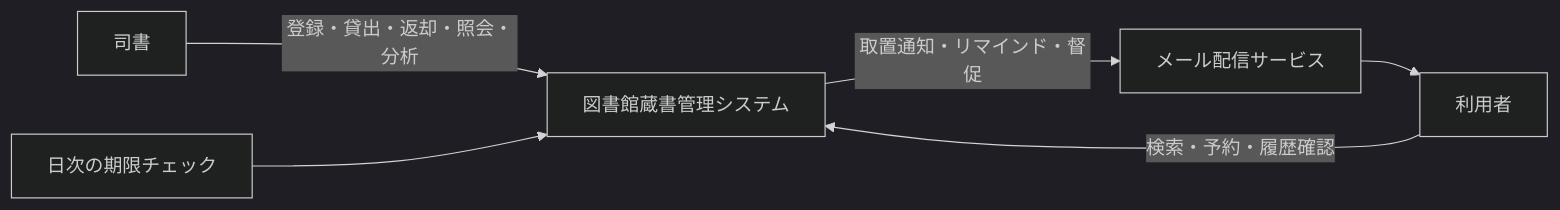
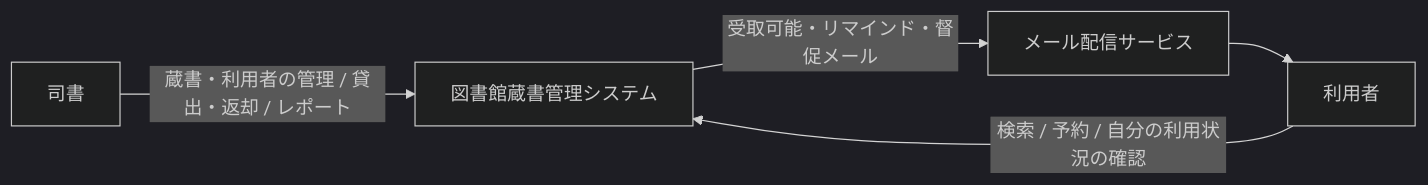
One commit to suwa-sh/suwa-sh-claude-plugins changed the first of 4 diagrams in samples/distillery2/library-loan/docs/requirements/_review-summary.md. Above: the diagram before and after it, drawn with Mermaid (dark theme). The commit also changed other lines of this file and 249 other files, not shown here.

````diff
--- a/samples/distillery2/library-loan/docs/requirements/_review-summary.md
+++ b/samples/distillery2/library-loan/docs/requirements/_review-summary.md
@@ -8,8 +13,7 @@
 ```mermaid
 graph LR
-  司書 -->|登録・貸出・返却・照会・分析| SYS[図書館蔵書管理システム]
-  利用者 -->|検索・予約・履歴確認| SYS
-  SYS -->|取置通知・リマインド・督促| MAIL[メール配信サービス]
-  MAIL --> 利用者
-  TIMER[日次の期限チェック] --> SYS
+  司書 -->|蔵書・利用者の管理 / 貸出・返却 / レポート| システム[図書館蔵書管理システム]
+  利用者 -->|検索 / 予約 / 自分の利用状況の確認| システム
+  システム -->|受取可能・リマインド・督促メール| メール[メール配信サービス]
+  メール --> 利用者
 ```
````
